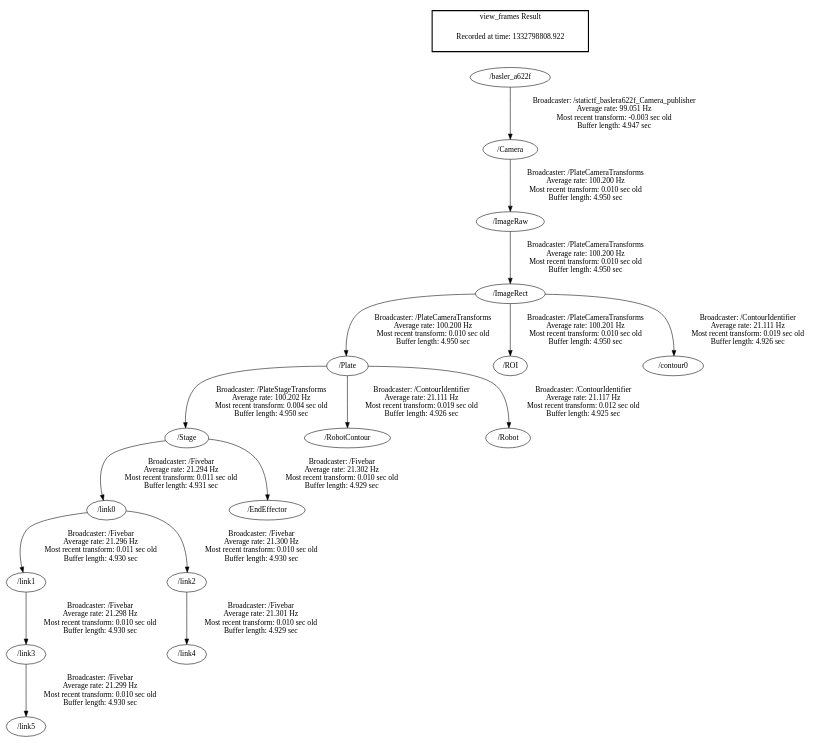
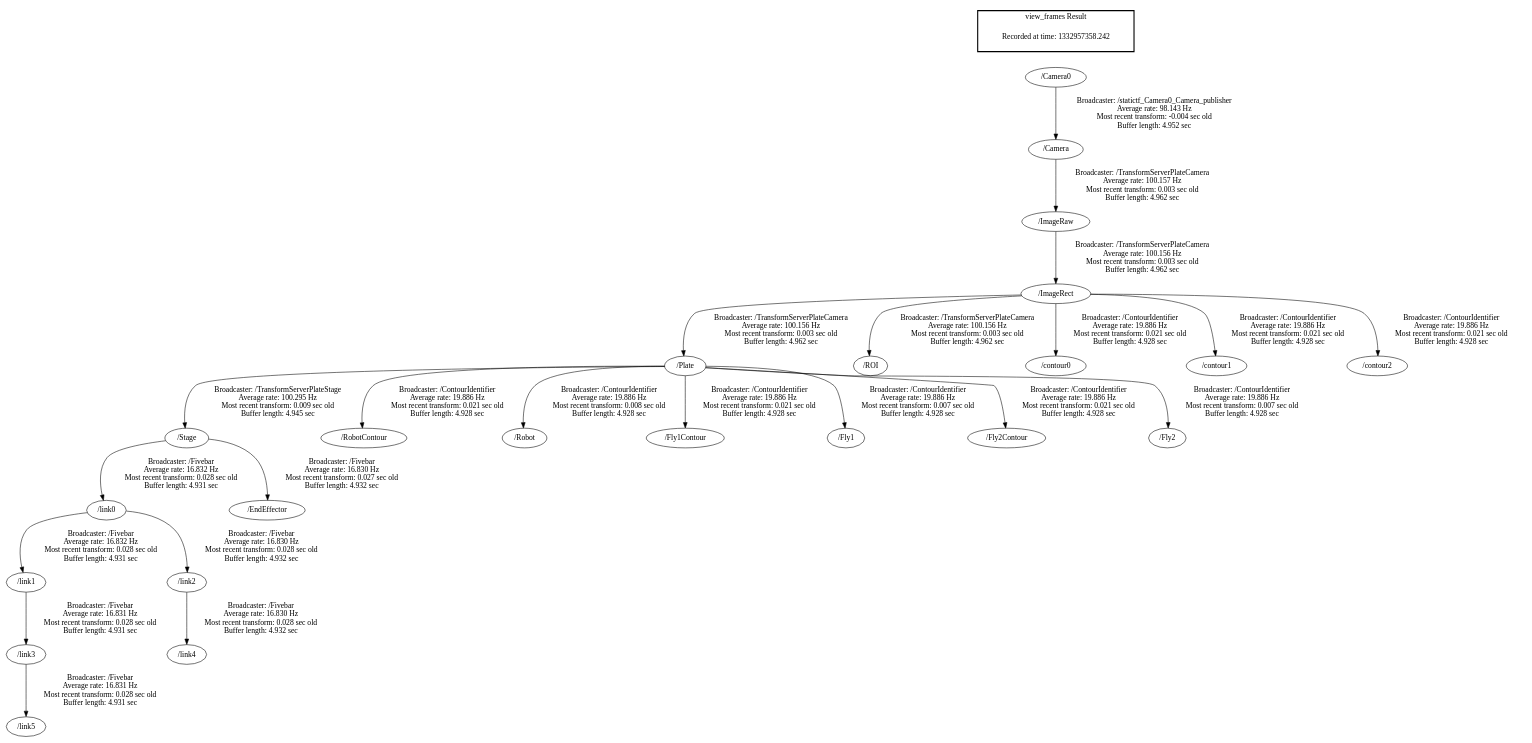
The diagram in frames.gv (ssafarik/Flylab), drawn with Graphviz before and after one commit. The commit also changed 24 other files, not shown here.

```diff
--- a/frames.gv
+++ b/frames.gv
@@ -1,22 +1,28 @@
 digraph G {
-"/Camera" -> "/ImageRaw"[label="Broadcaster: /PlateCameraTransforms\nAverage rate: 100.200 Hz\nMost recent transform: 0.010 sec old \nBuffer length: 4.950 sec\n"];
-"/basler_a622f" -> "/Camera"[label="Broadcaster: /statictf_baslera622f_Camera_publisher\nAverage rate: 99.051 Hz\nMost recent transform: -0.003 sec old \nBuffer length: 4.947 sec\n"];
-"/ImageRaw" -> "/ImageRect"[label="Broadcaster: /PlateCameraTransforms\nAverage rate: 100.200 Hz\nMost recent transform: 0.010 sec old \nBuffer length: 4.950 sec\n"];
-"/ImageRect" -> "/Plate"[label="Broadcaster: /PlateCameraTransforms\nAverage rate: 100.200 Hz\nMost recent transform: 0.010 sec old \nBuffer length: 4.950 sec\n"];
-"/ImageRect" -> "/ROI"[label="Broadcaster: /PlateCameraTransforms\nAverage rate: 100.201 Hz\nMost recent transform: 0.010 sec old \nBuffer length: 4.950 sec\n"];
-"/Plate" -> "/Stage"[label="Broadcaster: /PlateStageTransforms\nAverage rate: 100.202 Hz\nMost recent transform: 0.004 sec old \nBuffer length: 4.950 sec\n"];
-"/ImageRect" -> "/contour0"[label="Broadcaster: /ContourIdentifier\nAverage rate: 21.111 Hz\nMost recent transform: 0.019 sec old \nBuffer length: 4.926 sec\n"];
-"/Stage" -> "/link0"[label="Broadcaster: /Fivebar\nAverage rate: 21.294 Hz\nMost recent transform: 0.011 sec old \nBuffer length: 4.931 sec\n"];
-"/link0" -> "/link1"[label="Broadcaster: /Fivebar\nAverage rate: 21.296 Hz\nMost recent transform: 0.011 sec old \nBuffer length: 4.930 sec\n"];
-"/link1" -> "/link3"[label="Broadcaster: /Fivebar\nAverage rate: 21.298 Hz\nMost recent transform: 0.010 sec old \nBuffer length: 4.930 sec\n"];
-"/link3" -> "/link5"[label="Broadcaster: /Fivebar\nAverage rate: 21.299 Hz\nMost recent transform: 0.010 sec old \nBuffer length: 4.930 sec\n"];
-"/link0" -> "/link2"[label="Broadcaster: /Fivebar\nAverage rate: 21.300 Hz\nMost recent transform: 0.010 sec old \nBuffer length: 4.930 sec\n"];
-"/link2" -> "/link4"[label="Broadcaster: /Fivebar\nAverage rate: 21.301 Hz\nMost recent transform: 0.010 sec old \nBuffer length: 4.929 sec\n"];
-"/Stage" -> "/EndEffector"[label="Broadcaster: /Fivebar\nAverage rate: 21.302 Hz\nMost recent transform: 0.010 sec old \nBuffer length: 4.929 sec\n"];
-"/Plate" -> "/RobotContour"[label="Broadcaster: /ContourIdentifier\nAverage rate: 21.111 Hz\nMost recent transform: 0.019 sec old \nBuffer length: 4.926 sec\n"];
-"/Plate" -> "/Robot"[label="Broadcaster: /ContourIdentifier\nAverage rate: 21.117 Hz\nMost recent transform: 0.012 sec old \nBuffer length: 4.925 sec\n"];
+"/Camera" -> "/ImageRaw"[label="Broadcaster: /TransformServerPlateCamera\nAverage rate: 100.157 Hz\nMost recent transform: 0.003 sec old \nBuffer length: 4.962 sec\n"];
+"/Camera0" -> "/Camera"[label="Broadcaster: /statictf_Camera0_Camera_publisher\nAverage rate: 98.143 Hz\nMost recent transform: -0.004 sec old \nBuffer length: 4.952 sec\n"];
+"/ImageRaw" -> "/ImageRect"[label="Broadcaster: /TransformServerPlateCamera\nAverage rate: 100.156 Hz\nMost recent transform: 0.003 sec old \nBuffer length: 4.962 sec\n"];
+"/ImageRect" -> "/Plate"[label="Broadcaster: /TransformServerPlateCamera\nAverage rate: 100.156 Hz\nMost recent transform: 0.003 sec old \nBuffer length: 4.962 sec\n"];
+"/ImageRect" -> "/ROI"[label="Broadcaster: /TransformServerPlateCamera\nAverage rate: 100.156 Hz\nMost recent transform: 0.003 sec old \nBuffer length: 4.962 sec\n"];
+"/Stage" -> "/link0"[label="Broadcaster: /Fivebar\nAverage rate: 16.832 Hz\nMost recent transform: 0.028 sec old \nBuffer length: 4.931 sec\n"];
+"/Plate" -> "/Stage"[label="Broadcaster: /TransformServerPlateStage\nAverage rate: 100.295 Hz\nMost recent transform: 0.009 sec old \nBuffer length: 4.945 sec\n"];
+"/link0" -> "/link1"[label="Broadcaster: /Fivebar\nAverage rate: 16.832 Hz\nMost recent transform: 0.028 sec old \nBuffer length: 4.931 sec\n"];
+"/link1" -> "/link3"[label="Broadcaster: /Fivebar\nAverage rate: 16.831 Hz\nMost recent transform: 0.028 sec old \nBuffer length: 4.931 sec\n"];
+"/link3" -> "/link5"[label="Broadcaster: /Fivebar\nAverage rate: 16.831 Hz\nMost recent transform: 0.028 sec old \nBuffer length: 4.931 sec\n"];
+"/link0" -> "/link2"[label="Broadcaster: /Fivebar\nAverage rate: 16.830 Hz\nMost recent transform: 0.028 sec old \nBuffer length: 4.932 sec\n"];
+"/link2" -> "/link4"[label="Broadcaster: /Fivebar\nAverage rate: 16.830 Hz\nMost recent transform: 0.028 sec old \nBuffer length: 4.932 sec\n"];
+"/Stage" -> "/EndEffector"[label="Broadcaster: /Fivebar\nAverage rate: 16.830 Hz\nMost recent transform: 0.027 sec old \nBuffer length: 4.932 sec\n"];
+"/ImageRect" -> "/contour0"[label="Broadcaster: /ContourIdentifier\nAverage rate: 19.886 Hz\nMost recent transform: 0.021 sec old \nBuffer length: 4.928 sec\n"];
+"/ImageRect" -> "/contour1"[label="Broadcaster: /ContourIdentifier\nAverage rate: 19.886 Hz\nMost recent transform: 0.021 sec old \nBuffer length: 4.928 sec\n"];
+"/ImageRect" -> "/contour2"[label="Broadcaster: /ContourIdentifier\nAverage rate: 19.886 Hz\nMost recent transform: 0.021 sec old \nBuffer length: 4.928 sec\n"];
+"/Plate" -> "/RobotContour"[label="Broadcaster: /ContourIdentifier\nAverage rate: 19.886 Hz\nMost recent transform: 0.021 sec old \nBuffer length: 4.928 sec\n"];
+"/Plate" -> "/Robot"[label="Broadcaster: /ContourIdentifier\nAverage rate: 19.886 Hz\nMost recent transform: 0.008 sec old \nBuffer length: 4.928 sec\n"];
+"/Plate" -> "/Fly1Contour"[label="Broadcaster: /ContourIdentifier\nAverage rate: 19.886 Hz\nMost recent transform: 0.021 sec old \nBuffer length: 4.928 sec\n"];
+"/Plate" -> "/Fly1"[label="Broadcaster: /ContourIdentifier\nAverage rate: 19.886 Hz\nMost recent transform: 0.007 sec old \nBuffer length: 4.928 sec\n"];
+"/Plate" -> "/Fly2Contour"[label="Broadcaster: /ContourIdentifier\nAverage rate: 19.886 Hz\nMost recent transform: 0.021 sec old \nBuffer length: 4.928 sec\n"];
+"/Plate" -> "/Fly2"[label="Broadcaster: /ContourIdentifier\nAverage rate: 19.886 Hz\nMost recent transform: 0.007 sec old \nBuffer length: 4.928 sec\n"];
 edge [style=invis];
  subgraph cluster_legend { style=bold; color=black; label ="view_frames Result";
-"Recorded at time: 1332798808.922"[ shape=plaintext ] ;
- }->"/basler_a622f";
+"Recorded at time: 1332957358.242"[ shape=plaintext ] ;
+ }->"/Camera0";
 }
```
